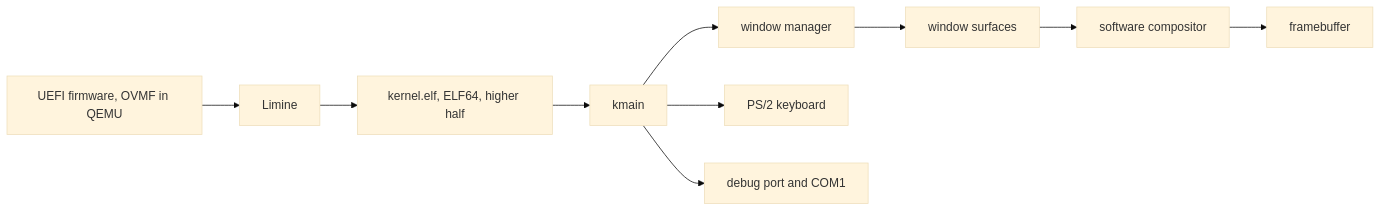
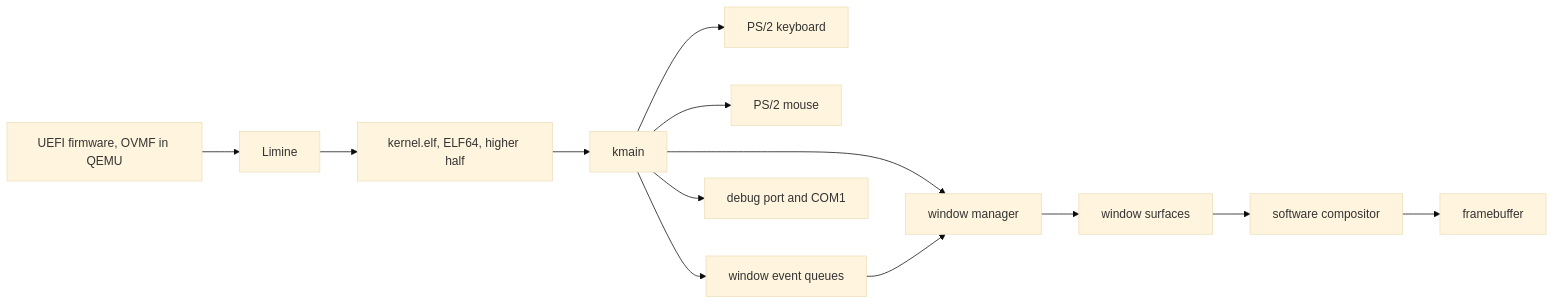
Before and after one commit to JJtmc1234/ME-OS: the diagram in docs/architecture.md, drawn with Mermaid (base theme). The commit also changed other lines of this file and 12 other files, not shown here.

Commit message:
Complete M15 focus and event queues

````diff
--- a/docs/architecture.md
+++ b/docs/architecture.md
@@ -8,12 +8,15 @@
 ```mermaid
 flowchart LR
     FW[UEFI firmware, OVMF in QEMU] --> LIM[Limine]
     LIM --> KRN[kernel.elf, ELF64, higher half]
     KRN --> MAIN[kmain]
     MAIN --> WM[window manager]
     WM --> SURF[window surfaces]
     SURF --> COMP[software compositor]
     COMP --> FB[framebuffer]
     MAIN --> KBD[PS/2 keyboard]
+    MAIN --> MOUSE[PS/2 mouse]
+    MAIN --> EVT[window event queues]
+    EVT --> WM
     MAIN --> LOG[debug port and COM1]
 ```
````
